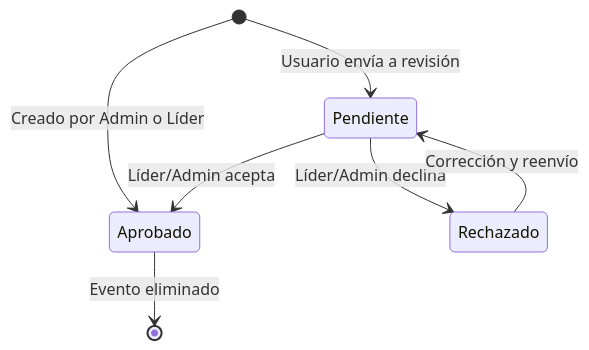
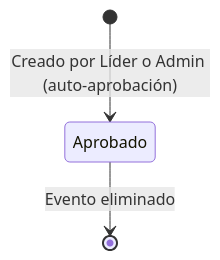
Before and after one commit to CTechuni/ctech_web: the sixth of 6 diagrams in requi.md, drawn with Mermaid. The commit also changed other lines of this file and 8 other files, not shown here.

````diff
--- a/requi.md
+++ b/requi.md
@@ -199,9 +195,5 @@
 ```mermaid
 stateDiagram-v2
-    [*] --> Pendiente: Usuario envía a revisión
-    [*] --> Aprobado: Creado por Admin o Líder
-    Pendiente --> Aprobado: Líder/Admin acepta
-    Pendiente --> Rechazado: Líder/Admin declina
-    Rechazado --> Pendiente: Corrección y reenvío
+    [*] --> Aprobado: Creado por Líder o Admin (auto-aprobación)
     Aprobado --> [*]: Evento eliminado
 ```
````
